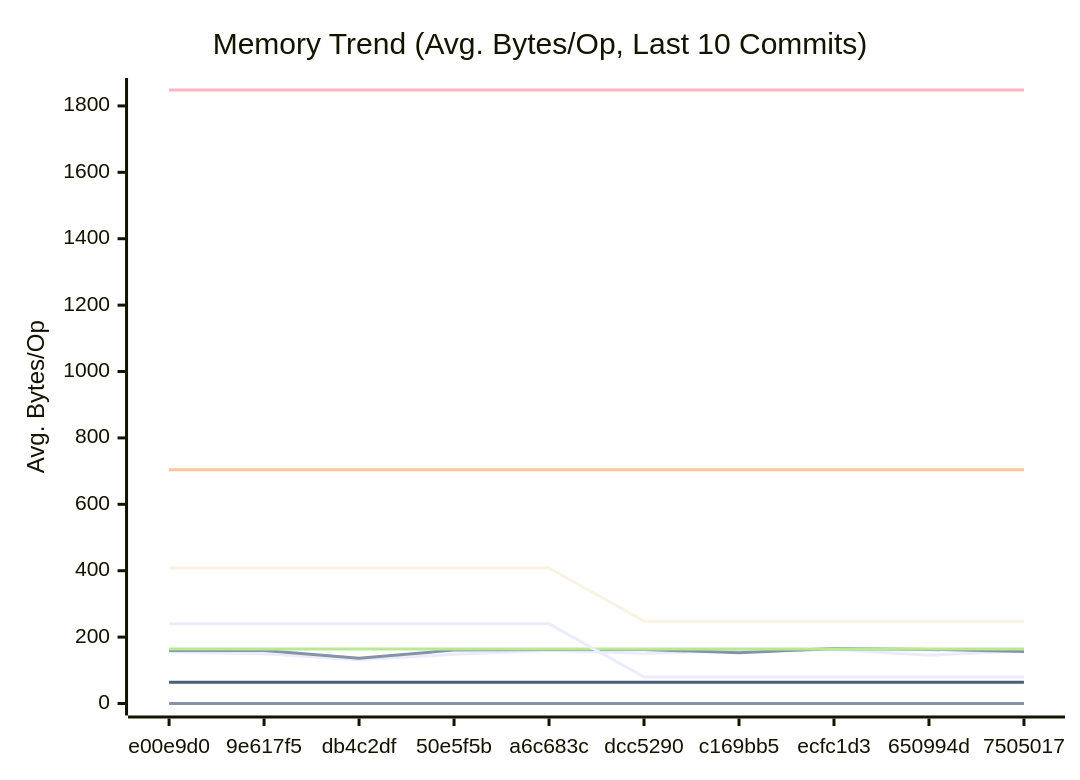
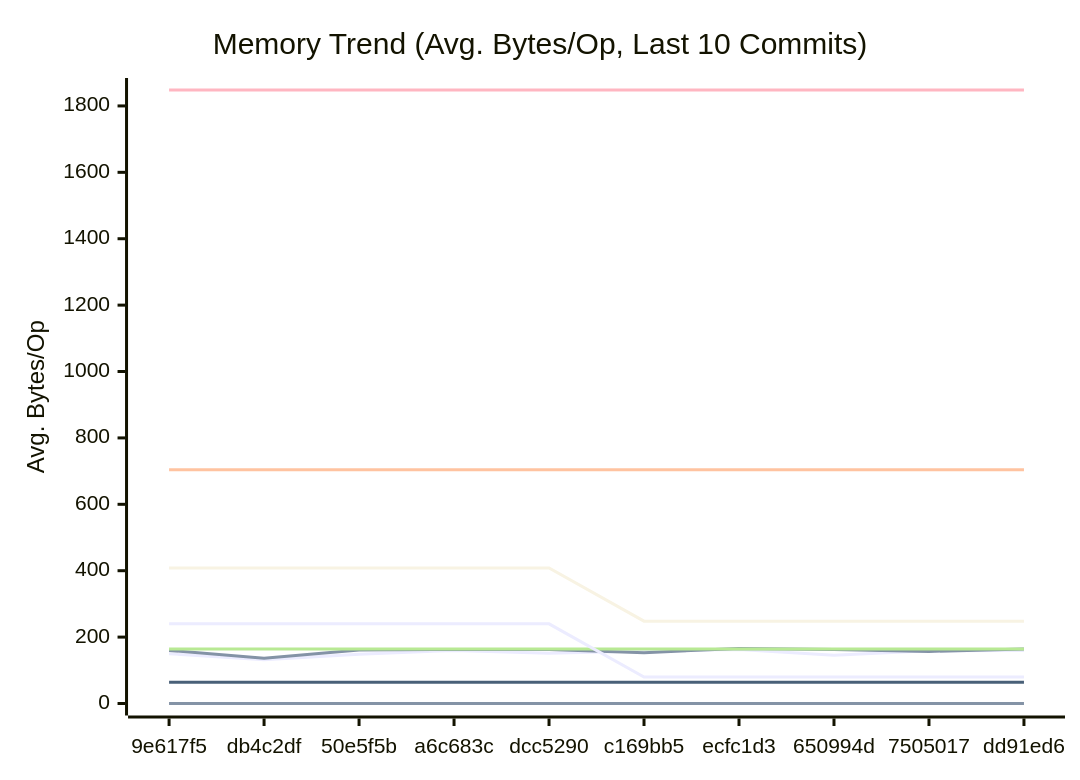
Before and after one commit to alsotoes/momo: the second of 3 diagrams in docs/PERFORMANCE.md, drawn with Mermaid. The commit also changed other lines of this file and 3 other files, not shown here.

````diff
--- a/docs/PERFORMANCE.md
+++ b/docs/PERFORMANCE.md
@@ -171,20 +171,20 @@
 ```mermaid
 xychart-beta
     title "Memory Trend (Avg. Bytes/Op, Last 10 Commits)"
     x-axis "Commit"
     y-axis "Avg. Bytes/Op"
-    x-axis [e00e9d0,9e617f5,db4c2df,50e5f5b,a6c683c,dcc5290,c169bb5,ecfc1d3,650994d,7505017]
-    line "AWSChunkedReaderSigned" [155,150,132,148,160,151,158,163,145,159]
-    line "AWSChunkedReaderUnsigned" [160,160,136,161,163,163,153,166,163,157]
+    x-axis [9e617f5,db4c2df,50e5f5b,a6c683c,dcc5290,c169bb5,ecfc1d3,650994d,7505017,dd91ed6]
+    line "AWSChunkedReaderSigned" [150,132,148,160,151,158,163,145,159,160]
+    line "AWSChunkedReaderUnsigned" [160,136,161,163,163,153,166,163,157,164]
     line "CheckMetricsAndSwap" [0,0,0,0,0,0,0,0,0,0]
     line "CrushOptimized" [0,0,0,0,0,0,0,0,0,0]
     line "CrushOriginal" [164,164,164,164,164,164,164,164,164,164]
     line "IndexDirectTracking" [0,0,0,0,0,0,0,0,0,0]
     line "IndexSearch" [0,0,0,0,0,0,0,0,0,0]
     line "LoadGlobalConfig" [1848,1848,1848,1848,1848,1848,1848,1848,1848,1848]
     line "PadString" [64,64,64,64,64,64,64,64,64,64]
     line "ParseReplicationOrder_NoPrealloc" [408,408,408,408,408,248,248,248,248,248]
     line "ParseReplicationOrder_Prealloc" [240,240,240,240,240,80,80,80,80,80]
     line "SanitizeLog/Safe" [0,0,0,0,0,0,0,0,0,0]
     line "SanitizeLog/Unsafe" [704,704,704,704,704,704,704,704,704,704]
 ```
````
